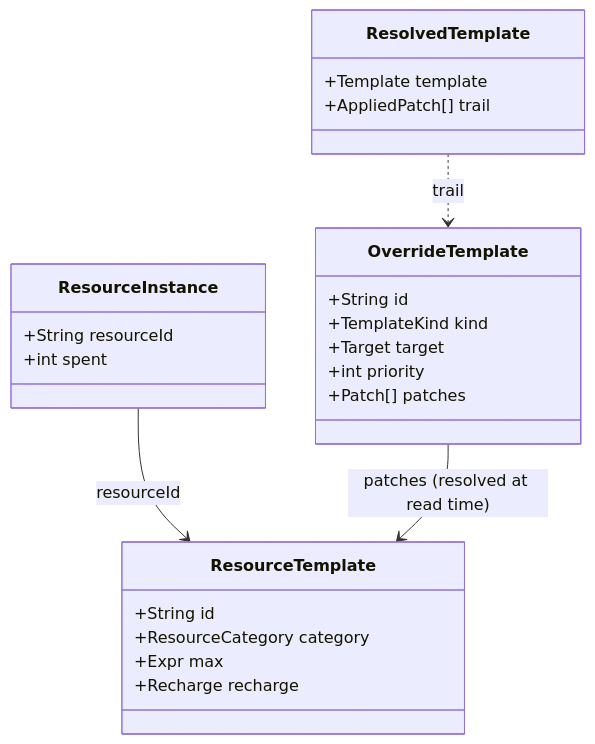
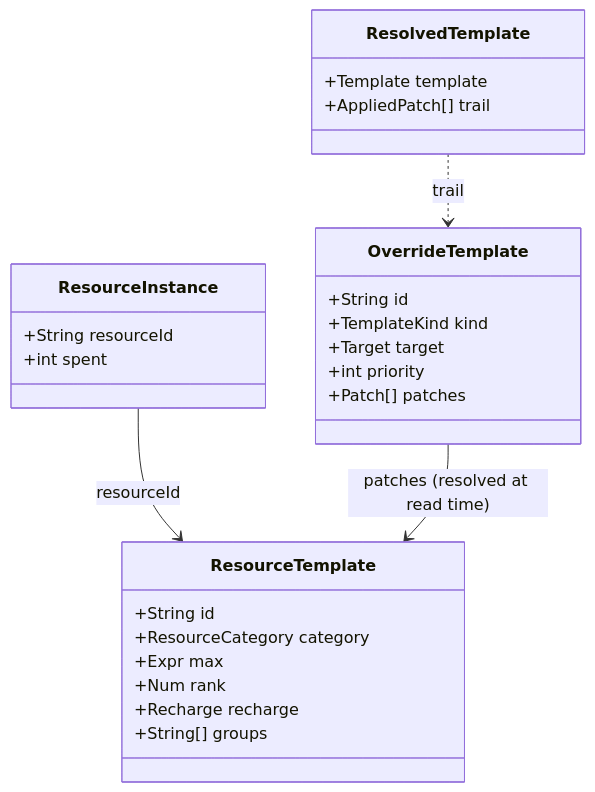
One commit to JaredReyes107/DnD-Companion changed the fourth of 7 diagrams in docs/domain-model.md. Above: the diagram before and after it, drawn with Mermaid. The commit also changed 99 other files, not shown here.

````diff
--- a/docs/domain-model.md
+++ b/docs/domain-model.md
@@ -198,27 +198,29 @@
 ```mermaid
 classDiagram
     class ResourceTemplate {
         +String id
         +ResourceCategory category
         +Expr max
+        +Num rank
         +Recharge recharge
+        +String[] groups
     }
     class ResourceInstance {
         +String resourceId
         +int spent
     }
     class OverrideTemplate {
         +String id
         +TemplateKind kind
         +Target target
         +int priority
         +Patch[] patches
     }
     class ResolvedTemplate {
         +Template template
         +AppliedPatch[] trail
     }
     ResourceInstance --> ResourceTemplate : resourceId
     OverrideTemplate --> ResourceTemplate : patches (resolved at read time)
     ResolvedTemplate ..> OverrideTemplate : trail
 ```
````
